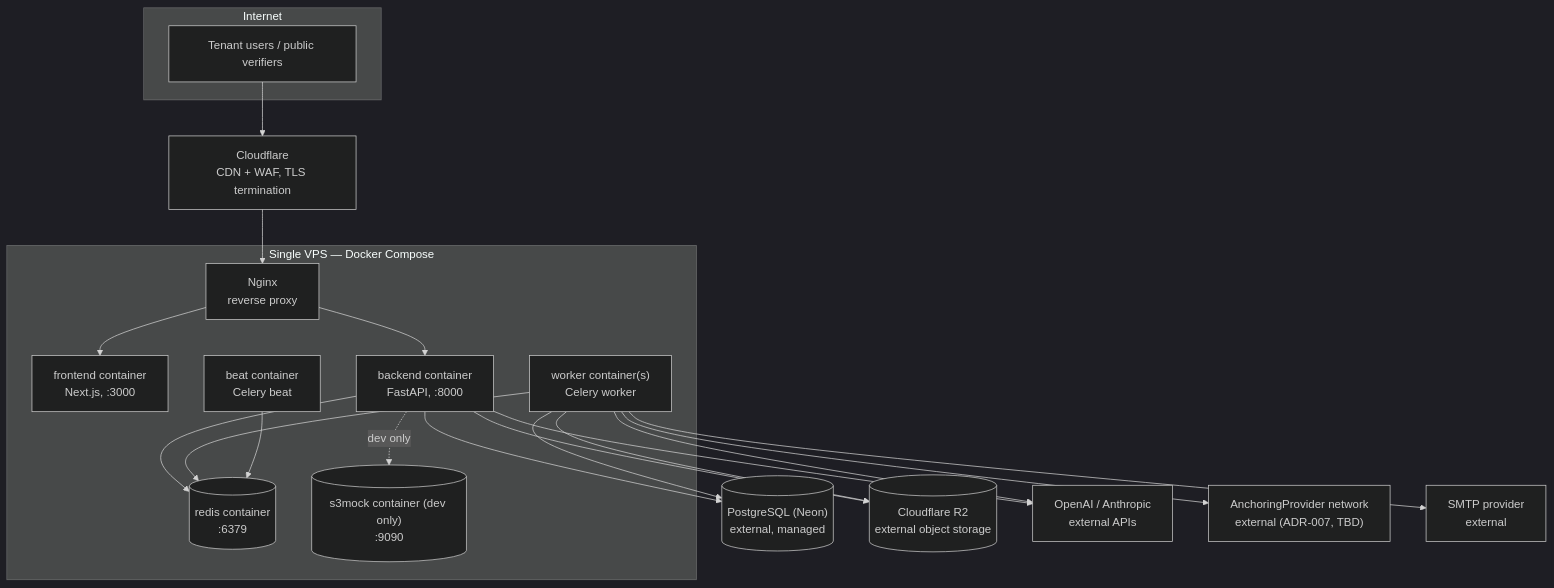
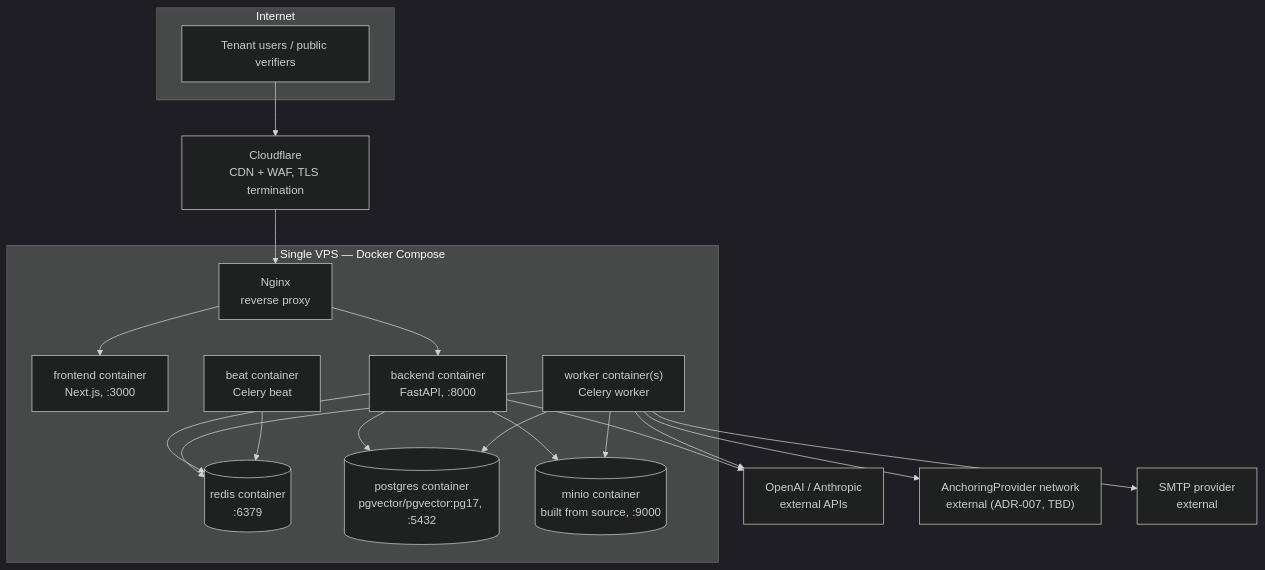
One commit to Astreus-J/JuriSense changed the diagram in docs/04-architecture/deployment.md. Above: the diagram before and after it, drawn with Mermaid (dark theme). The commit also changed other lines of this file and 10 other files, not shown here.

First line of the commit message:
feat(infra): self-host PostgreSQL+pgvector and MinIO for dev and production

````diff
--- a/docs/04-architecture/deployment.md
+++ b/docs/04-architecture/deployment.md
@@ -11,40 +18,38 @@
 ```mermaid
 flowchart TB
     subgraph internet["Internet"]
         USER["Tenant users / public verifiers"]
     end
 
     CF["Cloudflare<br/>CDN + WAF, TLS termination"]
 
     subgraph vps["Single VPS — Docker Compose"]
         NGINX["Nginx<br/>reverse proxy"]
         FE["frontend container<br/>Next.js, :3000"]
         API["backend container<br/>FastAPI, :8000"]
         WORK["worker container(s)<br/>Celery worker"]
         BEAT["beat container<br/>Celery beat"]
         REDIS[("redis container<br/>:6379")]
-        MINIO[("s3mock container (dev only)<br/>:9090")]
+        PG[("postgres container<br/>pgvector/pgvector:pg17, :5432")]
+        MINIO[("minio container<br/>built from source, :9000")]
     end
 
-    NEON[("PostgreSQL (Neon)<br/>external, managed")]
-    R2[("Cloudflare R2<br/>external object storage")]
     AIAPI["OpenAI / Anthropic<br/>external APIs"]
     ANCHOR["AnchoringProvider network<br/>external (ADR-007, TBD)"]
     SMTP["SMTP provider<br/>external"]
 
     USER --> CF --> NGINX
     NGINX --> FE
     NGINX --> API
     API --> REDIS
-    API --> NEON
-    API --> R2
-    API -.dev only.-> MINIO
+    API --> PG
+    API --> MINIO
     API --> AIAPI
     WORK --> REDIS
-    WORK --> NEON
-    WORK --> R2
+    WORK --> PG
+    WORK --> MINIO
     WORK --> AIAPI
     WORK --> ANCHOR
     WORK --> SMTP
     BEAT --> REDIS
 ```
````
